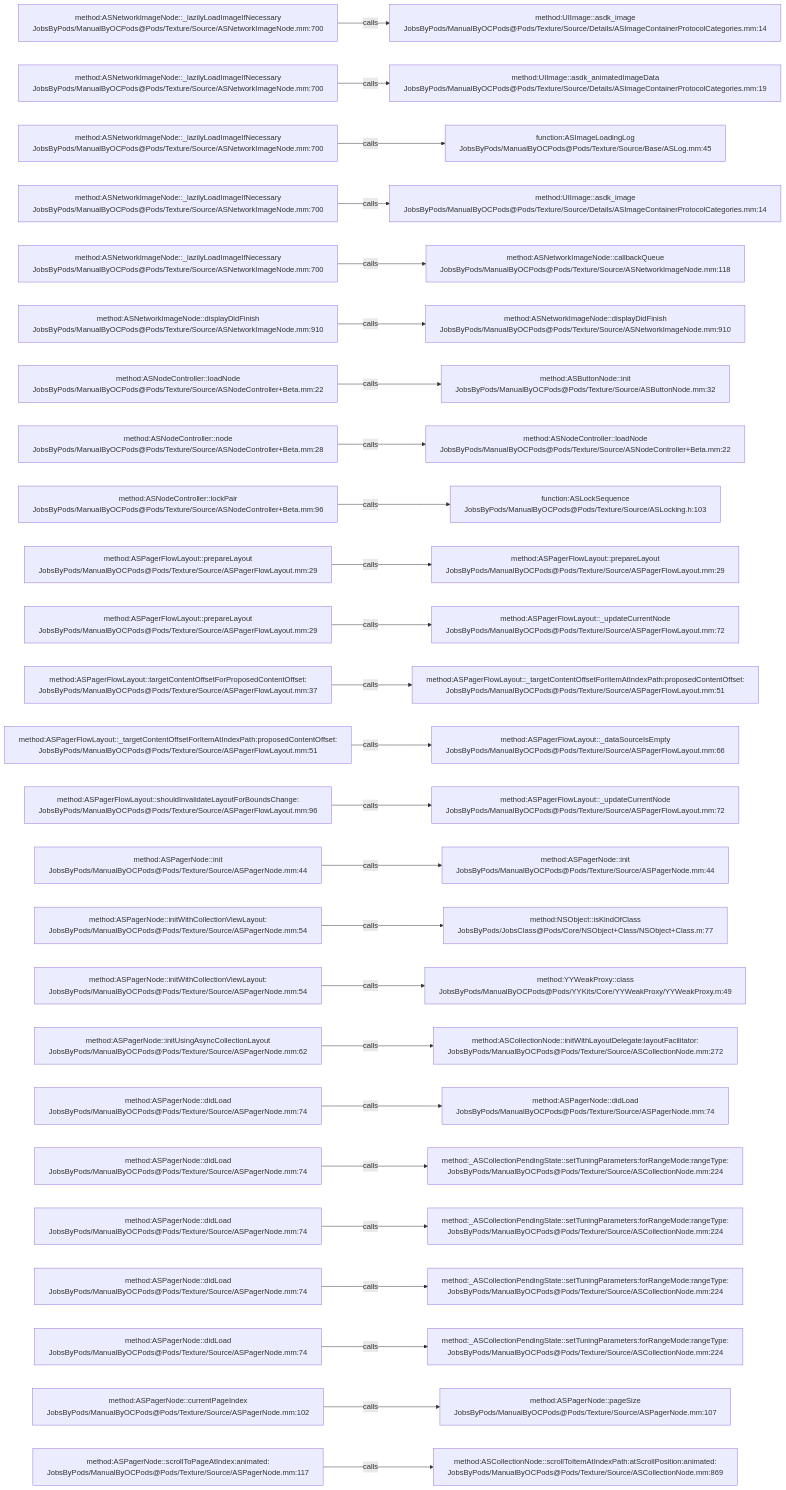
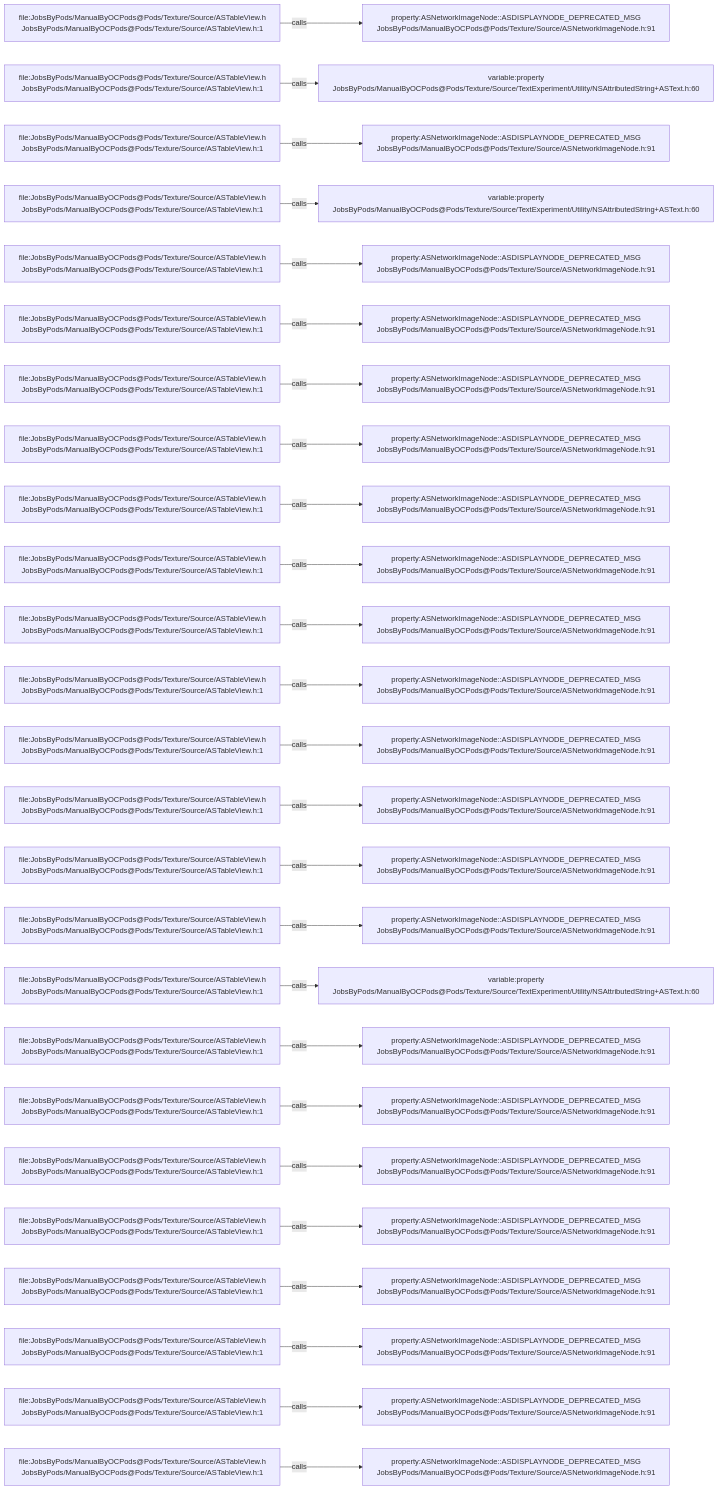
Before and after one commit to JobsKits/JobsOCBaseConfigDemo: the diagram in .codegraph/codegraph.md/graphs/calls-127.md, drawn with Mermaid. The commit also changed 1223 other files, not shown here.

````diff
--- a/.codegraph/codegraph.md/graphs/calls-127.md
+++ b/.codegraph/codegraph.md/graphs/calls-127.md
@@ -13,78 +13,78 @@
 ```mermaid
 flowchart LR
-  S1["method:ASNetworkImageNode::_lazilyLoadImageIfNecessary<br/>JobsByPods/ManualByOCPods@Pods/Texture/Source/ASNetworkImageNode.mm:700"]
-  T1["method:UIImage::asdk_image<br/>JobsByPods/ManualByOCPods@Pods/Texture/Source/Details/ASImageContainerProtocolCategories.mm:14"]
+  S1["file:JobsByPods/ManualByOCPods@Pods/Texture/Source/ASTableView.h<br/>JobsByPods/ManualByOCPods@Pods/Texture/Source/ASTableView.h:1"]
+  T1["property:ASNetworkImageNode::ASDISPLAYNODE_DEPRECATED_MSG<br/>JobsByPods/ManualByOCPods@Pods/Texture/Source/ASNetworkImageNode.h:91"]
   S1 -->|calls| T1
-  S2["method:ASNetworkImageNode::_lazilyLoadImageIfNecessary<br/>JobsByPods/ManualByOCPods@Pods/Texture/Source/ASNetworkImageNode.mm:700"]
-  T2["method:UIImage::asdk_animatedImageData<br/>JobsByPods/ManualByOCPods@Pods/Texture/Source/Details/ASImageContainerProtocolCategories.mm:19"]
+  S2["file:JobsByPods/ManualByOCPods@Pods/Texture/Source/ASTableView.h<br/>JobsByPods/ManualByOCPods@Pods/Texture/Source/ASTableView.h:1"]
+  T2["variable:property<br/>JobsByPods/ManualByOCPods@Pods/Texture/Source/TextExperiment/Utility/NSAttributedString+ASText.h:60"]
   S2 -->|calls| T2
-  S3["method:ASNetworkImageNode::_lazilyLoadImageIfNecessary<br/>JobsByPods/ManualByOCPods@Pods/Texture/Source/ASNetworkImageNode.mm:700"]
-  T3["function:ASImageLoadingLog<br/>JobsByPods/ManualByOCPods@Pods/Texture/Source/Base/ASLog.mm:45"]
+  S3["file:JobsByPods/ManualByOCPods@Pods/Texture/Source/ASTableView.h<br/>JobsByPods/ManualByOCPods@Pods/Texture/Source/ASTableView.h:1"]
+  T3["property:ASNetworkImageNode::ASDISPLAYNODE_DEPRECATED_MSG<br/>JobsByPods/ManualByOCPods@Pods/Texture/Source/ASNetworkImageNode.h:91"]
   S3 -->|calls| T3
-  S4["method:ASNetworkImageNode::_lazilyLoadImageIfNecessary<br/>JobsByPods/ManualByOCPods@Pods/Texture/Source/ASNetworkImageNode.mm:700"]
-  T4["method:UIImage::asdk_image<br/>JobsByPods/ManualByOCPods@Pods/Texture/Source/Details/ASImageContainerProtocolCategories.mm:14"]
+  S4["file:JobsByPods/ManualByOCPods@Pods/Texture/Source/ASTableView.h<br/>JobsByPods/ManualByOCPods@Pods/Texture/Source/ASTableView.h:1"]
+  T4["variable:property<br/>JobsByPods/ManualByOCPods@Pods/Texture/Source/TextExperiment/Utility/NSAttributedString+ASText.h:60"]
   S4 -->|calls| T4
-  S5["method:ASNetworkImageNode::_lazilyLoadImageIfNecessary<br/>JobsByPods/ManualByOCPods@Pods/Texture/Source/ASNetworkImageNode.mm:700"]
-  T5["method:ASNetworkImageNode::callbackQueue<br/>JobsByPods/ManualByOCPods@Pods/Texture/Source/ASNetworkImageNode.mm:118"]
+  S5["file:JobsByPods/ManualByOCPods@Pods/Texture/Source/ASTableView.h<br/>JobsByPods/ManualByOCPods@Pods/Texture/Source/ASTableView.h:1"]
+  T5["property:ASNetworkImageNode::ASDISPLAYNODE_DEPRECATED_MSG<br/>JobsByPods/ManualByOCPods@Pods/Texture/Source/ASNetworkImageNode.h:91"]
   S5 -->|calls| T5
-  S6["method:ASNetworkImageNode::displayDidFinish<br/>JobsByPods/ManualByOCPods@Pods/Texture/Source/ASNetworkImageNode.mm:910"]
-  T6["method:ASNetworkImageNode::displayDidFinish<br/>JobsByPods/ManualByOCPods@Pods/Texture/Source/ASNetworkImageNode.mm:910"]
+  S6["file:JobsByPods/ManualByOCPods@Pods/Texture/Source/ASTableView.h<br/>JobsByPods/ManualByOCPods@Pods/Texture/Source/ASTableView.h:1"]
+  T6["property:ASNetworkImageNode::ASDISPLAYNODE_DEPRECATED_MSG<br/>JobsByPods/ManualByOCPods@Pods/Texture/Source/ASNetworkImageNode.h:91"]
   S6 -->|calls| T6
-  S7["method:ASNodeController::loadNode<br/>JobsByPods/ManualByOCPods@Pods/Texture/Source/ASNodeController+Beta.mm:22"]
-  T7["method:ASButtonNode::init<br/>JobsByPods/ManualByOCPods@Pods/Texture/Source/ASButtonNode.mm:32"]
+  S7["file:JobsByPods/ManualByOCPods@Pods/Texture/Source/ASTableView.h<br/>JobsByPods/ManualByOCPods@Pods/Texture/Source/ASTableView.h:1"]
+  T7["property:ASNetworkImageNode::ASDISPLAYNODE_DEPRECATED_MSG<br/>JobsByPods/ManualByOCPods@Pods/Texture/Source/ASNetworkImageNode.h:91"]
   S7 -->|calls| T7
-  S8["method:ASNodeController::node<br/>JobsByPods/ManualByOCPods@Pods/Texture/Source/ASNodeController+Beta.mm:28"]
-  T8["method:ASNodeController::loadNode<br/>JobsByPods/ManualByOCPods@Pods/Texture/Source/ASNodeController+Beta.mm:22"]
+  S8["file:JobsByPods/ManualByOCPods@Pods/Texture/Source/ASTableView.h<br/>JobsByPods/ManualByOCPods@Pods/Texture/Source/ASTableView.h:1"]
+  T8["property:ASNetworkImageNode::ASDISPLAYNODE_DEPRECATED_MSG<br/>JobsByPods/ManualByOCPods@Pods/Texture/Source/ASNetworkImageNode.h:91"]
   S8 -->|calls| T8
-  S9["method:ASNodeController::lockPair<br/>JobsByPods/ManualByOCPods@Pods/Texture/Source/ASNodeController+Beta.mm:96"]
-  T9["function:ASLockSequence<br/>JobsByPods/ManualByOCPods@Pods/Texture/Source/ASLocking.h:103"]
+  S9["file:JobsByPods/ManualByOCPods@Pods/Texture/Source/ASTableView.h<br/>JobsByPods/ManualByOCPods@Pods/Texture/Source/ASTableView.h:1"]
+  T9["property:ASNetworkImageNode::ASDISPLAYNODE_DEPRECATED_MSG<br/>JobsByPods/ManualByOCPods@Pods/Texture/Source/ASNetworkImageNode.h:91"]
   S9 -->|calls| T9
-  S10["method:ASPagerFlowLayout::prepareLayout<br/>JobsByPods/ManualByOCPods@Pods/Texture/Source/ASPagerFlowLayout.mm:29"]
-  T10["method:ASPagerFlowLayout::prepareLayout<br/>JobsByPods/ManualByOCPods@Pods/Texture/Source/ASPagerFlowLayout.mm:29"]
+  S10["file:JobsByPods/ManualByOCPods@Pods/Texture/Source/ASTableView.h<br/>JobsByPods/ManualByOCPods@Pods/Texture/Source/ASTableView.h:1"]
+  T10["property:ASNetworkImageNode::ASDISPLAYNODE_DEPRECATED_MSG<br/>JobsByPods/ManualByOCPods@Pods/Texture/Source/ASNetworkImageNode.h:91"]
   S10 -->|calls| T10
-  S11["method:ASPagerFlowLayout::prepareLayout<br/>JobsByPods/ManualByOCPods@Pods/Texture/Source/ASPagerFlowLayout.mm:29"]
-  T11["method:ASPagerFlowLayout::_updateCurrentNode<br/>JobsByPods/ManualByOCPods@Pods/Texture/Source/ASPagerFlowLayout.mm:72"]
+  S11["file:JobsByPods/ManualByOCPods@Pods/Texture/Source/ASTableView.h<br/>JobsByPods/ManualByOCPods@Pods/Texture/Source/ASTableView.h:1"]
+  T11["property:ASNetworkImageNode::ASDISPLAYNODE_DEPRECATED_MSG<br/>JobsByPods/ManualByOCPods@Pods/Texture/Source/ASNetworkImageNode.h:91"]
   S11 -->|calls| T11
-  S12["method:ASPagerFlowLayout::targetContentOffsetForProposedContentOffset:<br/>JobsByPods/ManualByOCPods@Pods/Texture/Source/ASPagerFlowLayout.mm:37"]
-  T12["method:ASPagerFlowLayout::_targetContentOffsetForItemAtIndexPath:proposedContentOffset:<br/>JobsByPods/ManualByOCPods@Pods/Texture/Source/ASPagerFlowLayout.mm:51"]
+  S12["file:JobsByPods/ManualByOCPods@Pods/Texture/Source/ASTableView.h<br/>JobsByPods/ManualByOCPods@Pods/Texture/Source/ASTableView.h:1"]
+  T12["property:ASNetworkImageNode::ASDISPLAYNODE_DEPRECATED_MSG<br/>JobsByPods/ManualByOCPods@Pods/Texture/Source/ASNetworkImageNode.h:91"]
   S12 -->|calls| T12
-  S13["method:ASPagerFlowLayout::_targetContentOffsetForItemAtIndexPath:proposedContentOffset:<br/>JobsByPods/ManualByOCPods@Pods/Texture/Source/ASPagerFlowLayout.mm:51"]
-  T13["method:ASPagerFlowLayout::_dataSourceIsEmpty<br/>JobsByPods/ManualByOCPods@Pods/Texture/Source/ASPagerFlowLayout.mm:66"]
+  S13["file:JobsByPods/ManualByOCPods@Pods/Texture/Source/ASTableView.h<br/>JobsByPods/ManualByOCPods@Pods/Texture/Source/ASTableView.h:1"]
+  T13["property:ASNetworkImageNode::ASDISPLAYNODE_DEPRECATED_MSG<br/>JobsByPods/ManualByOCPods@Pods/Texture/Source/ASNetworkImageNode.h:91"]
   S13 -->|calls| T13
-  S14["method:ASPagerFlowLayout::shouldInvalidateLayoutForBoundsChange:<br/>JobsByPods/ManualByOCPods@Pods/Texture/Source/ASPagerFlowLayout.mm:96"]
-  T14["method:ASPagerFlowLayout::_updateCurrentNode<br/>JobsByPods/ManualByOCPods@Pods/Texture/Source/ASPagerFlowLayout.mm:72"]
+  S14["file:JobsByPods/ManualByOCPods@Pods/Texture/Source/ASTableView.h<br/>JobsByPods/ManualByOCPods@Pods/Texture/Source/ASTableView.h:1"]
+  T14["property:ASNetworkImageNode::ASDISPLAYNODE_DEPRECATED_MSG<br/>JobsByPods/ManualByOCPods@Pods/Texture/Source/ASNetworkImageNode.h:91"]
   S14 -->|calls| T14
-  S15["method:ASPagerNode::init<br/>JobsByPods/ManualByOCPods@Pods/Texture/Source/ASPagerNode.mm:44"]
-  T15["method:ASPagerNode::init<br/>JobsByPods/ManualByOCPods@Pods/Texture/Source/ASPagerNode.mm:44"]
+  S15["file:JobsByPods/ManualByOCPods@Pods/Texture/Source/ASTableView.h<br/>JobsByPods/ManualByOCPods@Pods/Texture/Source/ASTableView.h:1"]
+  T15["property:ASNetworkImageNode::ASDISPLAYNODE_DEPRECATED_MSG<br/>JobsByPods/ManualByOCPods@Pods/Texture/Source/ASNetworkImageNode.h:91"]
   S15 -->|calls| T15
-  S16["method:ASPagerNode::initWithCollectionViewLayout:<br/>JobsByPods/ManualByOCPods@Pods/Texture/Source/ASPagerNode.mm:54"]
-  T16["method:NSObject::isKindOfClass<br/>JobsByPods/JobsClass@Pods/Core/NSObject+Class/NSObject+Class.m:77"]
+  S16["file:JobsByPods/ManualByOCPods@Pods/Texture/Source/ASTableView.h<br/>JobsByPods/ManualByOCPods@Pods/Texture/Source/ASTableView.h:1"]
+  T16["property:ASNetworkImageNode::ASDISPLAYNODE_DEPRECATED_MSG<br/>JobsByPods/ManualByOCPods@Pods/Texture/Source/ASNetworkImageNode.h:91"]
   S16 -->|calls| T16
-  S17["method:ASPagerNode::initWithCollectionViewLayout:<br/>JobsByPods/ManualByOCPods@Pods/Texture/Source/ASPagerNode.mm:54"]
-  T17["method:YYWeakProxy::class<br/>JobsByPods/ManualByOCPods@Pods/YYKits/Core/YYWeakProxy/YYWeakProxy.m:49"]
+  S17["file:JobsByPods/ManualByOCPods@Pods/Texture/Source/ASTableView.h<br/>JobsByPods/ManualByOCPods@Pods/Texture/Source/ASTableView.h:1"]
+  T17["variable:property<br/>JobsByPods/ManualByOCPods@Pods/Texture/Source/TextExperiment/Utility/NSAttributedString+ASText.h:60"]
   S17 -->|calls| T17
-  S18["method:ASPagerNode::initUsingAsyncCollectionLayout<br/>JobsByPods/ManualByOCPods@Pods/Texture/Source/ASPagerNode.mm:62"]
-  T18["method:ASCollectionNode::initWithLayoutDelegate:layoutFacilitator:<br/>JobsByPods/ManualByOCPods@Pods/Texture/Source/ASCollectionNode.mm:272"]
+  S18["file:JobsByPods/ManualByOCPods@Pods/Texture/Source/ASTableView.h<br/>JobsByPods/ManualByOCPods@Pods/Texture/Source/ASTableView.h:1"]
+  T18["property:ASNetworkImageNode::ASDISPLAYNODE_DEPRECATED_MSG<br/>JobsByPods/ManualByOCPods@Pods/Texture/Source/ASNetworkImageNode.h:91"]
   S18 -->|calls| T18
-  S19["method:ASPagerNode::didLoad<br/>JobsByPods/ManualByOCPods@Pods/Texture/Source/ASPagerNode.mm:74"]
-  T19["method:ASPagerNode::didLoad<br/>JobsByPods/ManualByOCPods@Pods/Texture/Source/ASPagerNode.mm:74"]
+  S19["file:JobsByPods/ManualByOCPods@Pods/Texture/Source/ASTableView.h<br/>JobsByPods/ManualByOCPods@Pods/Texture/Source/ASTableView.h:1"]
+  T19["property:ASNetworkImageNode::ASDISPLAYNODE_DEPRECATED_MSG<br/>JobsByPods/ManualByOCPods@Pods/Texture/Source/ASNetworkImageNode.h:91"]
   S19 -->|calls| T19
-  S20["method:ASPagerNode::didLoad<br/>JobsByPods/ManualByOCPods@Pods/Texture/Source/ASPagerNode.mm:74"]
-  T20["method:_ASCollectionPendingState::setTuningParameters:forRangeMode:rangeType:<br/>JobsByPods/ManualByOCPods@Pods/Texture/Source/ASCollectionNode.mm:224"]
+  S20["file:JobsByPods/ManualByOCPods@Pods/Texture/Source/ASTableView.h<br/>JobsByPods/ManualByOCPods@Pods/Texture/Source/ASTableView.h:1"]
+  T20["property:ASNetworkImageNode::ASDISPLAYNODE_DEPRECATED_MSG<br/>JobsByPods/ManualByOCPods@Pods/Texture/Source/ASNetworkImageNode.h:91"]
   S20 -->|calls| T20
-  S21["method:ASPagerNode::didLoad<br/>JobsByPods/ManualByOCPods@Pods/Texture/Source/ASPagerNode.mm:74"]
-  T21["method:_ASCollectionPendingState::setTuningParameters:forRangeMode:rangeType:<br/>JobsByPods/ManualByOCPods@Pods/Texture/Source/ASCollectionNode.mm:224"]
+  S21["file:JobsByPods/ManualByOCPods@Pods/Texture/Source/ASTableView.h<br/>JobsByPods/ManualByOCPods@Pods/Texture/Source/ASTableView.h:1"]
+  T21["property:ASNetworkImageNode::ASDISPLAYNODE_DEPRECATED_MSG<br/>JobsByPods/ManualByOCPods@Pods/Texture/Source/ASNetworkImageNode.h:91"]
   S21 -->|calls| T21
-  S22["method:ASPagerNode::didLoad<br/>JobsByPods/ManualByOCPods@Pods/Texture/Source/ASPagerNode.mm:74"]
-  T22["method:_ASCollectionPendingState::setTuningParameters:forRangeMode:rangeType:<br/>JobsByPods/ManualByOCPods@Pods/Texture/Source/ASCollectionNode.mm:224"]
+  S22["file:JobsByPods/ManualByOCPods@Pods/Texture/Source/ASTableView.h<br/>JobsByPods/ManualByOCPods@Pods/Texture/Source/ASTableView.h:1"]
+  T22["property:ASNetworkImageNode::ASDISPLAYNODE_DEPRECATED_MSG<br/>JobsByPods/ManualByOCPods@Pods/Texture/Source/ASNetworkImageNode.h:91"]
   S22 -->|calls| T22
-  S23["method:ASPagerNode::didLoad<br/>JobsByPods/ManualByOCPods@Pods/Texture/Source/ASPagerNode.mm:74"]
-  T23["method:_ASCollectionPendingState::setTuningParameters:forRangeMode:rangeType:<br/>JobsByPods/ManualByOCPods@Pods/Texture/Source/ASCollectionNode.mm:224"]
+  S23["file:JobsByPods/ManualByOCPods@Pods/Texture/Source/ASTableView.h<br/>JobsByPods/ManualByOCPods@Pods/Texture/Source/ASTableView.h:1"]
+  T23["property:ASNetworkImageNode::ASDISPLAYNODE_DEPRECATED_MSG<br/>JobsByPods/ManualByOCPods@Pods/Texture/Source/ASNetworkImageNode.h:91"]
   S23 -->|calls| T23
-  S24["method:ASPagerNode::currentPageIndex<br/>JobsByPods/ManualByOCPods@Pods/Texture/Source/ASPagerNode.mm:102"]
-  T24["method:ASPagerNode::pageSize<br/>JobsByPods/ManualByOCPods@Pods/Texture/Source/ASPagerNode.mm:107"]
+  S24["file:JobsByPods/ManualByOCPods@Pods/Texture/Source/ASTableView.h<br/>JobsByPods/ManualByOCPods@Pods/Texture/Source/ASTableView.h:1"]
+  T24["property:ASNetworkImageNode::ASDISPLAYNODE_DEPRECATED_MSG<br/>JobsByPods/ManualByOCPods@Pods/Texture/Source/ASNetworkImageNode.h:91"]
   S24 -->|calls| T24
-  S25["method:ASPagerNode::scrollToPageAtIndex:animated:<br/>JobsByPods/ManualByOCPods@Pods/Texture/Source/ASPagerNode.mm:117"]
-  T25["method:ASCollectionNode::scrollToItemAtIndexPath:atScrollPosition:animated:<br/>JobsByPods/ManualByOCPods@Pods/Texture/Source/ASCollectionNode.mm:869"]
+  S25["file:JobsByPods/ManualByOCPods@Pods/Texture/Source/ASTableView.h<br/>JobsByPods/ManualByOCPods@Pods/Texture/Source/ASTableView.h:1"]
+  T25["property:ASNetworkImageNode::ASDISPLAYNODE_DEPRECATED_MSG<br/>JobsByPods/ManualByOCPods@Pods/Texture/Source/ASNetworkImageNode.h:91"]
   S25 -->|calls| T25
 ```
````
